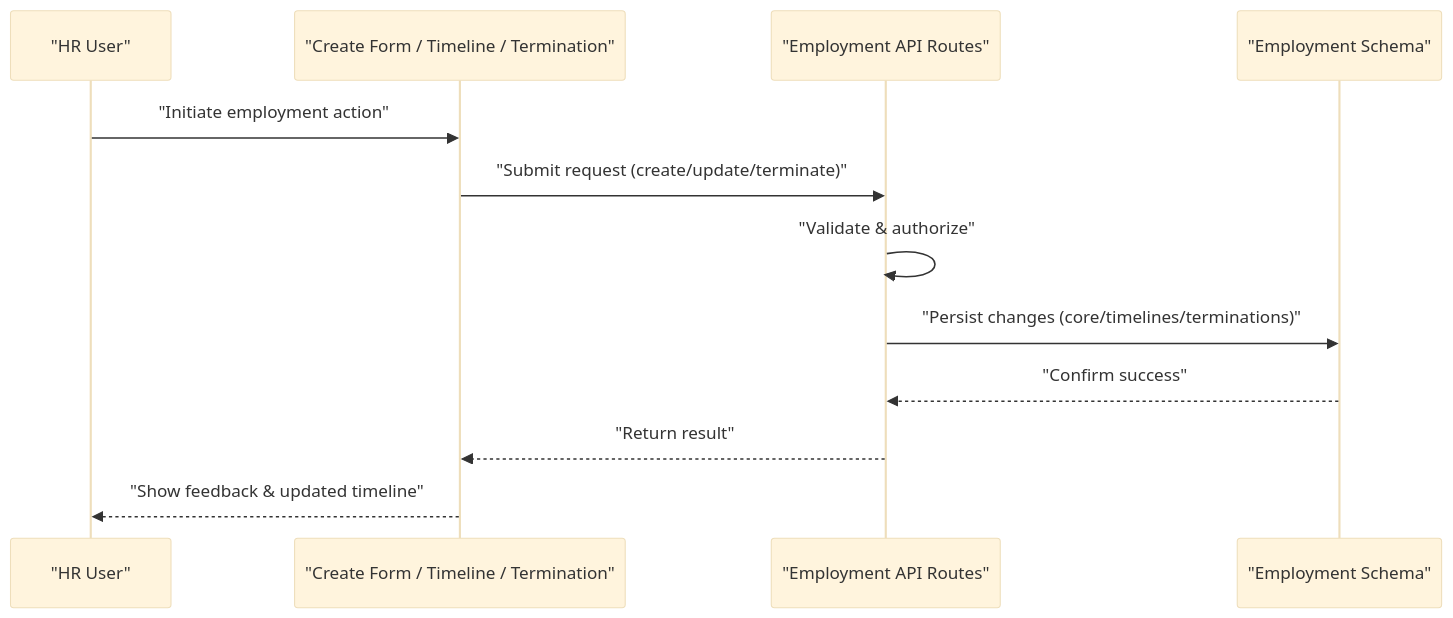
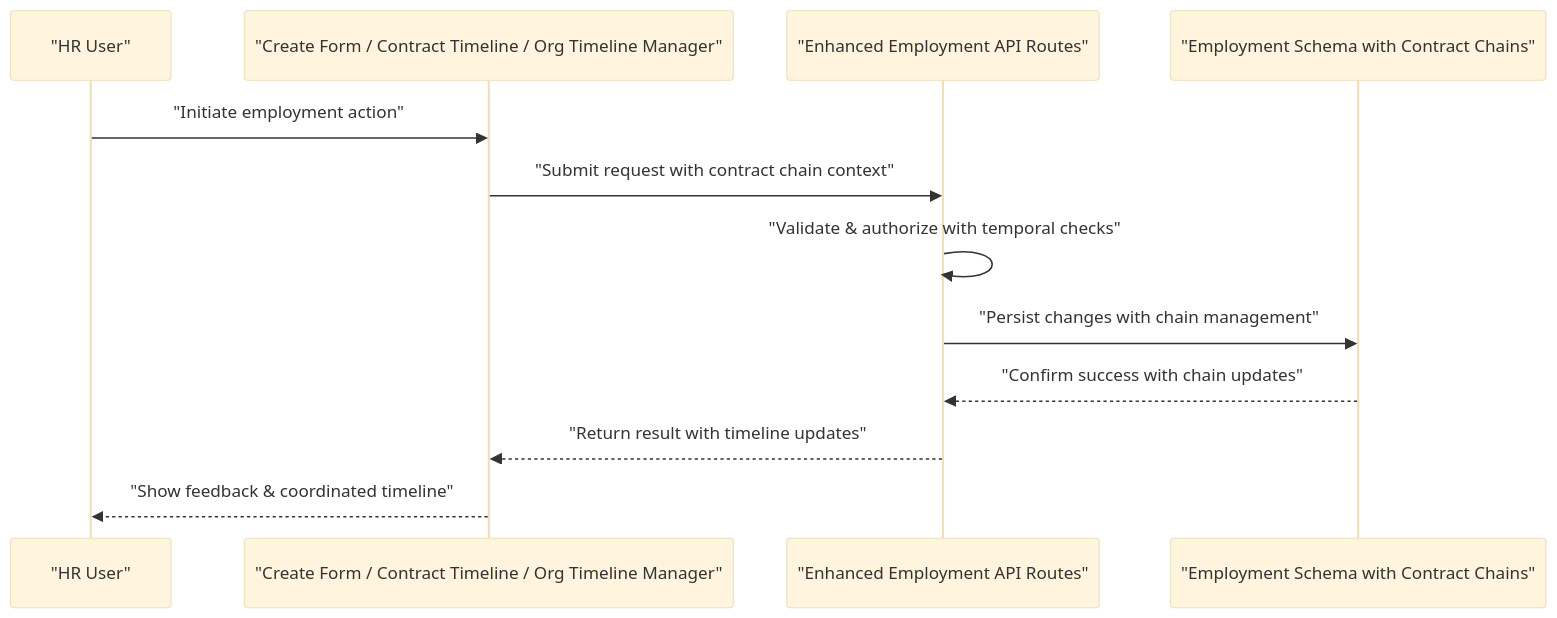
The second of 11 diagrams in .qoder/repowiki/en/content/Core HR Module/Employment Lifecycle.md (EdwinCycling/LiquidHR), drawn with Mermaid (base theme) before and after one commit. The commit also changed other lines of this file and 73 other files, not shown here.

````diff
--- a/.qoder/repowiki/en/content/Core HR Module/Employment Lifecycle.md
+++ b/.qoder/repowiki/en/content/Core HR Module/Employment Lifecycle.md
@@ -145,14 +173,14 @@
 ```mermaid
 sequenceDiagram
 participant User as "HR User"
-participant UI as "Create Form / Timeline / Termination"
-participant API as "Employment API Routes"
-participant DB as "Employment Schema"
+participant UI as "Create Form / Contract Timeline / Org Timeline Manager"
+participant API as "Enhanced Employment API Routes"
+participant DB as "Employment Schema with Contract Chains"
 User->>UI : "Initiate employment action"
-UI->>API : "Submit request (create/update/terminate)"
-API->>API : "Validate & authorize"
-API->>DB : "Persist changes (core/timelines/terminations)"
-DB-->>API : "Confirm success"
-API-->>UI : "Return result"
-UI-->>User : "Show feedback & updated timeline"
+UI->>API : "Submit request with contract chain context"
+API->>API : "Validate & authorize with temporal checks"
+API->>DB : "Persist changes with chain management"
+DB-->>API : "Confirm success with chain updates"
+API-->>UI : "Return result with timeline updates"
+UI-->>User : "Show feedback & coordinated timeline"
 ```
````
